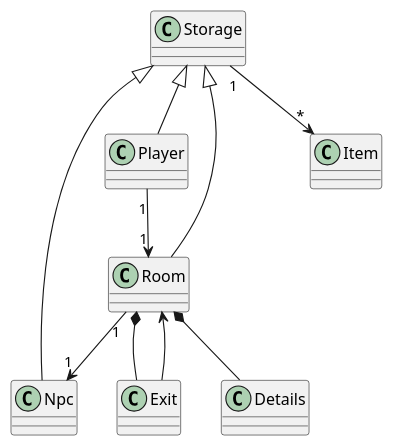
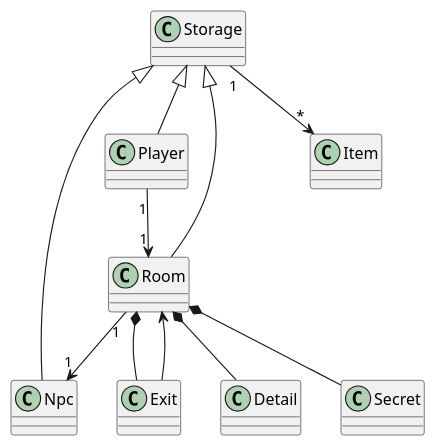
One commit to Dante999/harry-potter-textadventure changed the diagram in docs/diagram.plantuml. Above: the diagram before and after it, drawn with PlantUML. The commit also changed 30 other files, not shown here.

```diff
--- a/docs/diagram.plantuml
+++ b/docs/diagram.plantuml
@@ -1,20 +1,21 @@
 @startuml
 
 
 Storage <|-- Player
 Storage <|-- Room
 Storage <|-- Npc
 Storage "1" --> "*" Item
 
 Room "1" --> "1" Npc
 Room *-- Exit
 Exit --> Room
-Room *-- Details
+Room *-- Detail
+Room *-- Secret
 
 Player "1" --> "1" Room
 
 
 
 
 
 @enduml
```
